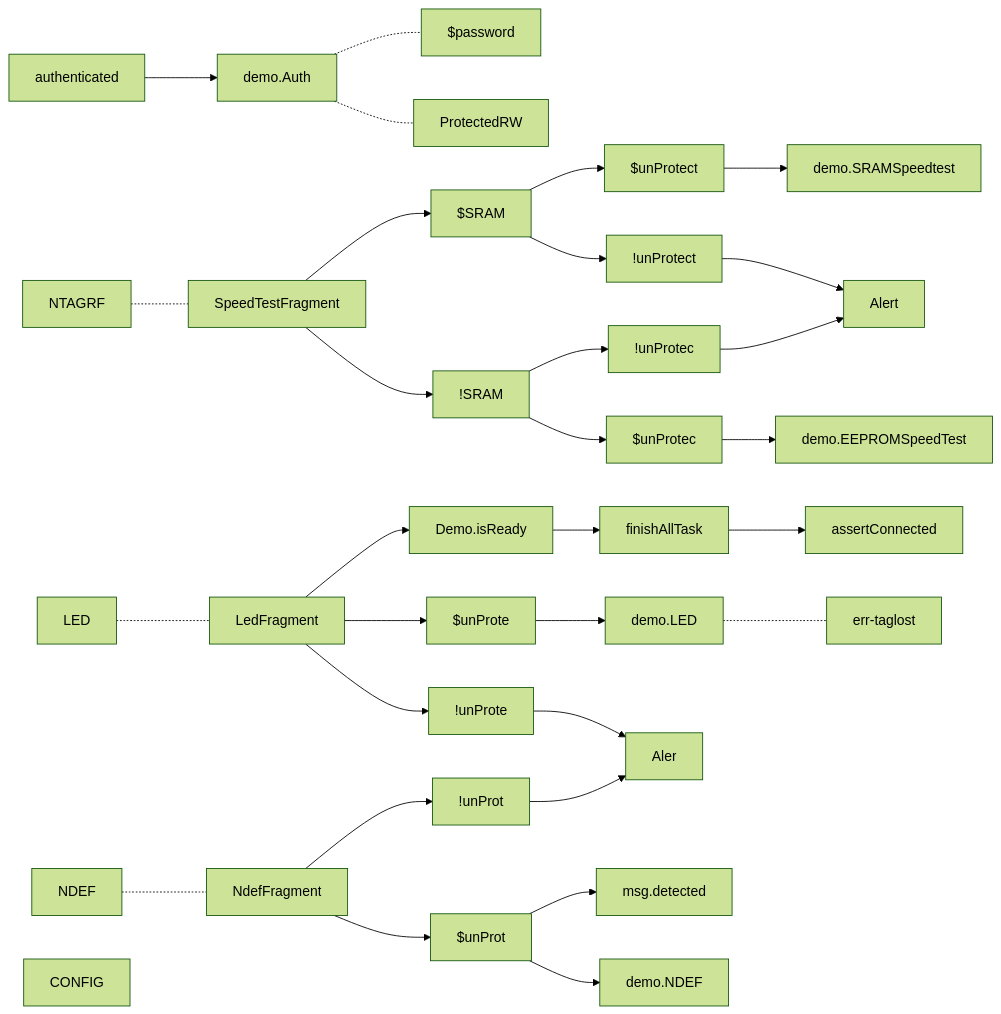
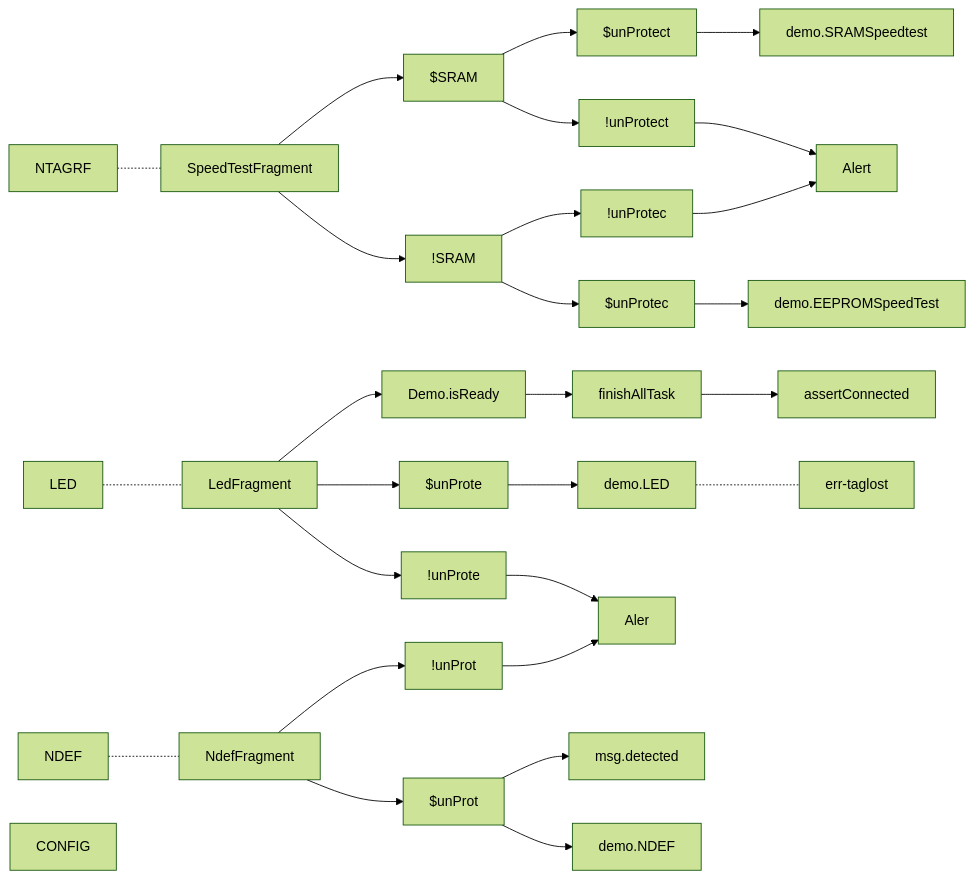
One commit to gordianknotC/nxp_note changed the seventh of 9 diagrams in nxp/MainActivity.md. Above: the diagram before and after it, drawn with Mermaid (forest theme). The commit also changed other lines of this file, not shown here.

Commit message:
nxp/MainActivity.md updated from https://stackedit.io/

````diff
--- a/nxp/MainActivity.md
+++ b/nxp/MainActivity.md
@@ -69,42 +77,36 @@
-```mermaid
+``` mermaid
 graph LR
-authenticated --> demo.Auth
-demo.Auth -.- $password
-demo.Auth -.- ProtectedRW
-
-
-
 NTAGRF -.- SpeedTestFragment
 SpeedTestFragment--> $SRAM
 SpeedTestFragment--> !SRAM
 $SRAM --> $unProtect
 $SRAM --> !unProtect
 $unProtect--> demo.SRAMSpeedtest
 !unProtect--> Alert
 !SRAM --> $unProtec
 !SRAM --> !unProtec
 $unProtec --> demo.EEPROMSpeedTest
 !unProtec --> Alert
 
 
 LED -.- LedFragment
 LedFragment --> Demo.isReady
 Demo.isReady --> finishAllTask
 finishAllTask --> assertConnected
 LedFragment --> $unProte
 LedFragment --> !unProte
 $unProte --> demo.LED
 demo.LED -.- err-taglost
 !unProte --> Aler
 
 
 NDEF -.- NdefFragment
 NdefFragment --> $unProt
 NdefFragment --> !unProt
 $unProt--> msg.detected
 $unProt--> demo.NDEF
 !unProt --> Aler
 
 
 CONFIG
 ```
````
